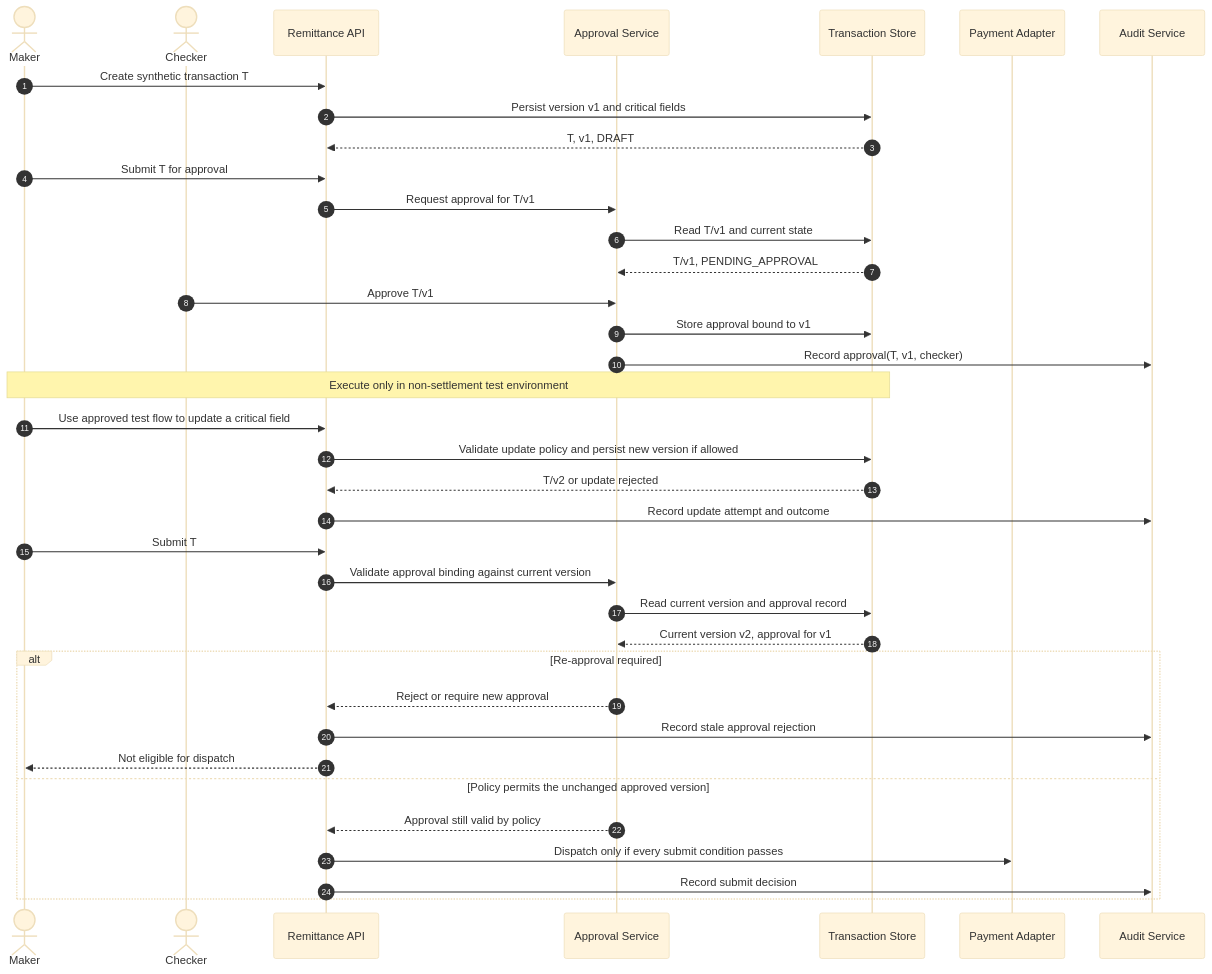
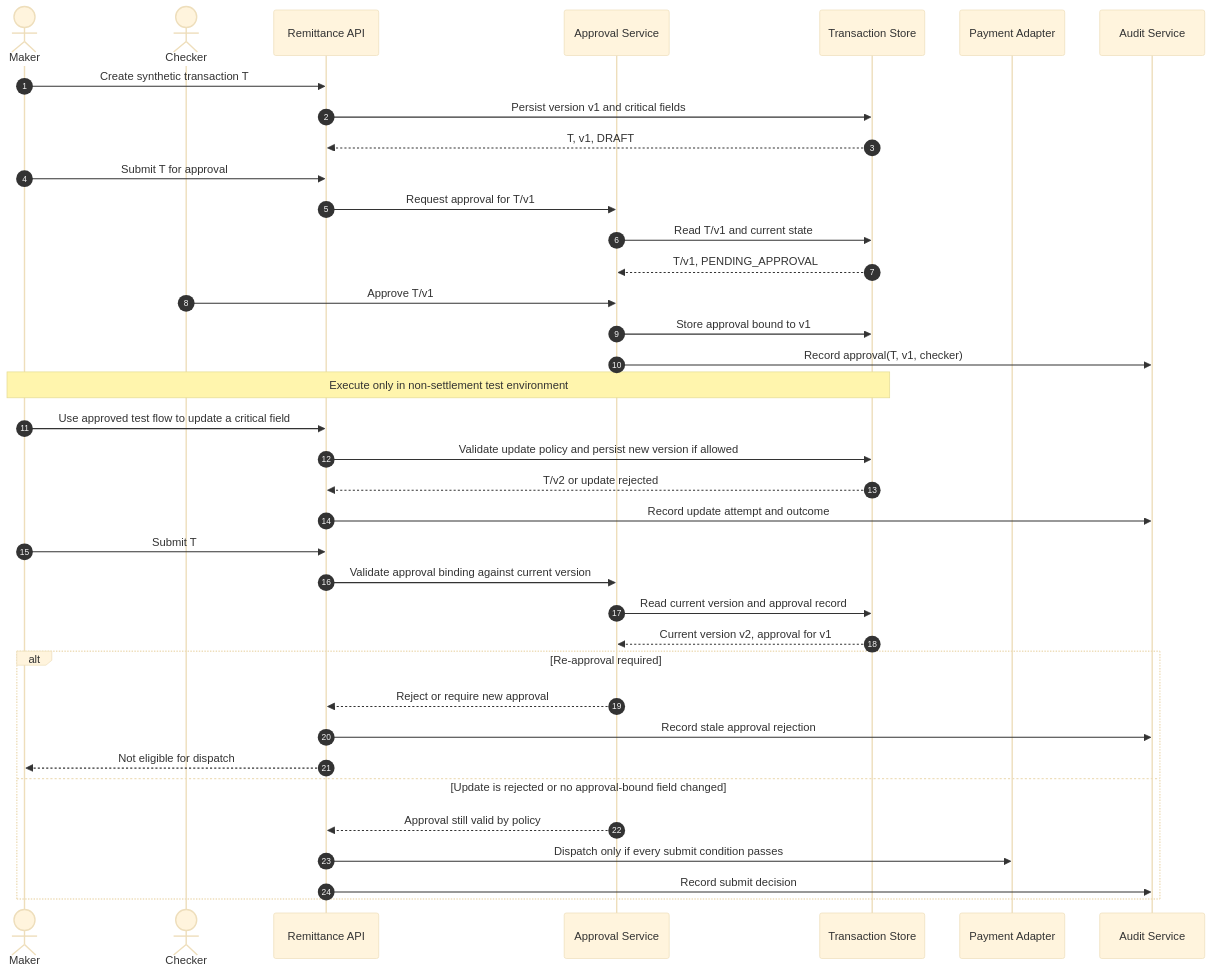
Before and after one commit to balxor/bjtm: the second of 5 diagrams in docs/12-remittance-sequence-diagrams.md, drawn with Mermaid (base theme). The commit also changed other lines of this file, not shown here.

Commit message:
docs: refine remittance sequence approval branches

```diff
--- a/docs/12-remittance-sequence-diagrams.md
+++ b/docs/12-remittance-sequence-diagrams.md
@@ -102,42 +102,42 @@
 ~~~mermaid
 sequenceDiagram
     autonumber
     actor M as Maker
     actor C as Checker
     participant API as Remittance API
     participant WF as Approval Service
     participant DB as Transaction Store
     participant ADP as Payment Adapter
     participant AUD as Audit Service
 
     M->>API: Create synthetic transaction T
     API->>DB: Persist version v1 and critical fields
     DB-->>API: T, v1, DRAFT
     M->>API: Submit T for approval
     API->>WF: Request approval for T/v1
     WF->>DB: Read T/v1 and current state
     DB-->>WF: T/v1, PENDING_APPROVAL
     C->>WF: Approve T/v1
     WF->>DB: Store approval bound to v1
     WF->>AUD: Record approval(T, v1, checker)
 
     Note over M,DB: Execute only in non-settlement test environment
     M->>API: Use approved test flow to update a critical field
     API->>DB: Validate update policy and persist new version if allowed
     DB-->>API: T/v2 or update rejected
     API->>AUD: Record update attempt and outcome
 
     M->>API: Submit T
     API->>WF: Validate approval binding against current version
     WF->>DB: Read current version and approval record
     DB-->>WF: Current version v2, approval for v1
     alt Re-approval required
         WF-->>API: Reject or require new approval
         API->>AUD: Record stale approval rejection
         API-->>M: Not eligible for dispatch
-    else Policy permits the unchanged approved version
+    else Update is rejected or no approval-bound field changed
         WF-->>API: Approval still valid by policy
         API->>ADP: Dispatch only if every submit condition passes
         API->>AUD: Record submit decision
     end
 ~~~
```
